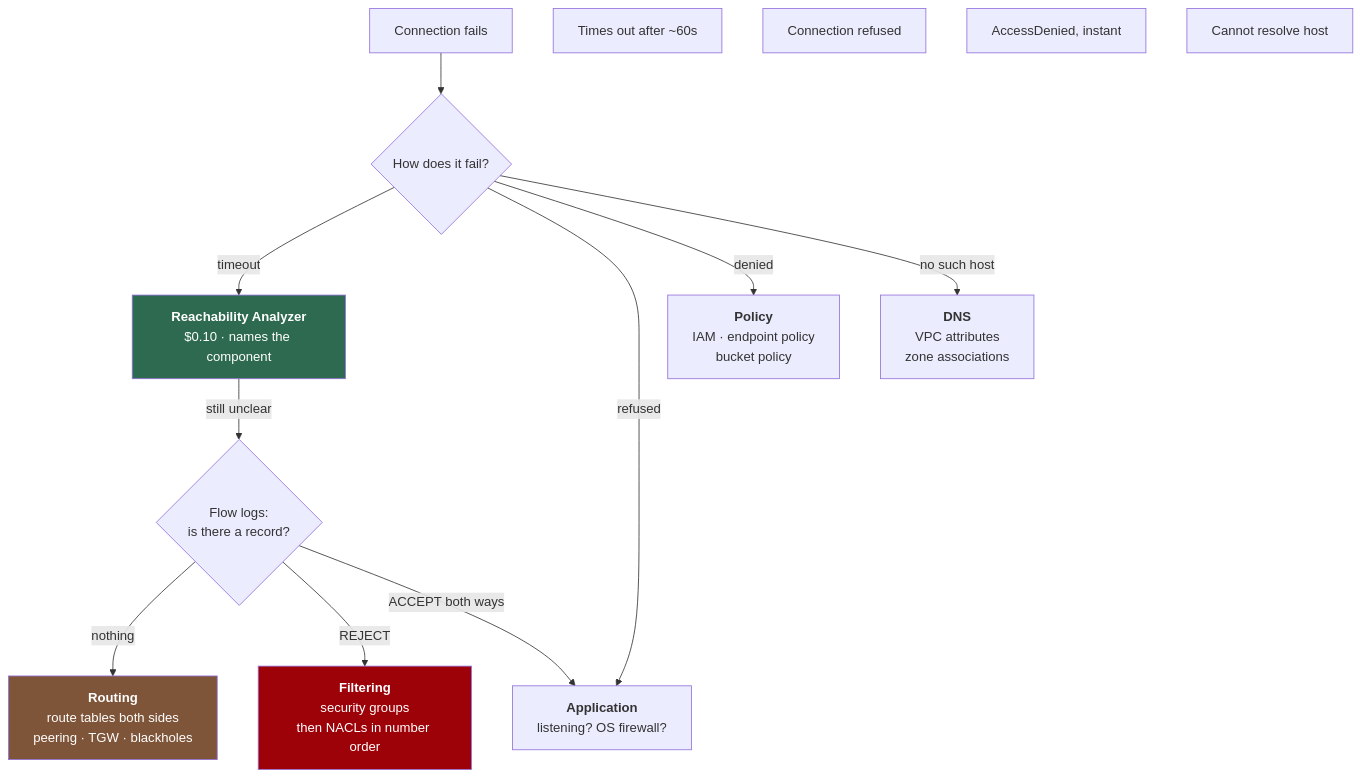
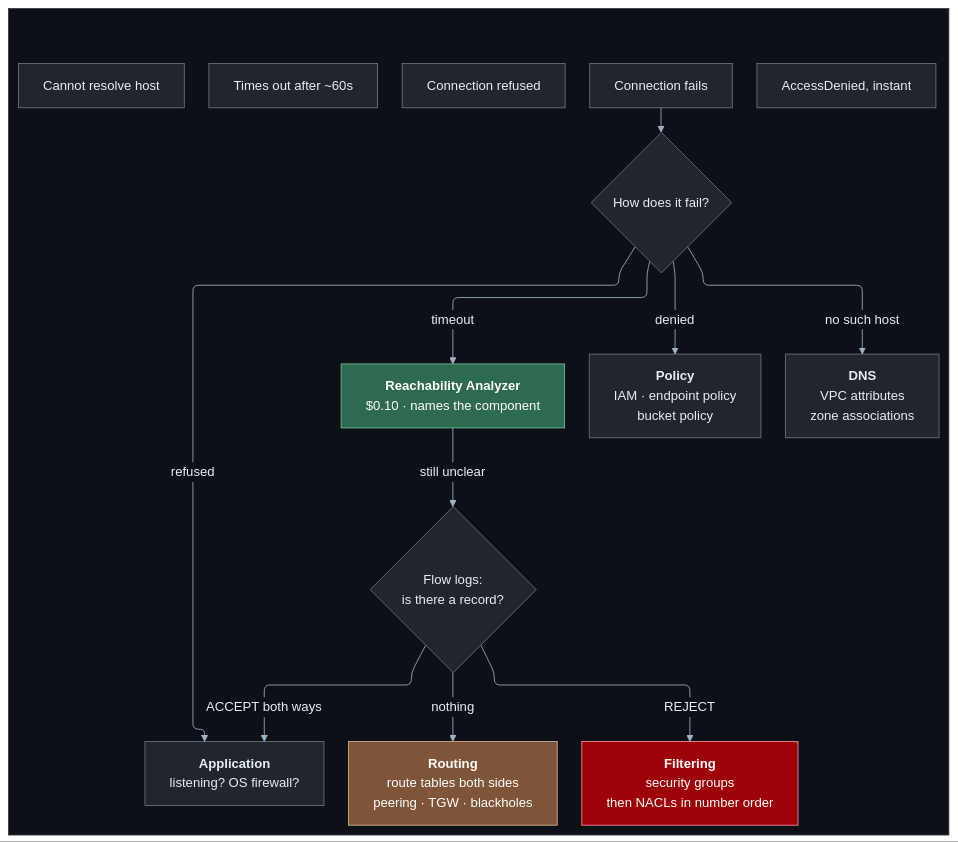
Before and after one commit to HuyNguyen260398/aws-network-architecture: the fourth of 5 diagrams in docs/diagrams/README.md, drawn with Mermaid. The commit also changed other lines of this file and 13 other files, not shown here.

First line of the commit message:
docs(diagrams): restyle all Mermaid diagrams for dark mode and orthogonal lines

````diff
--- a/docs/diagrams/README.md
+++ b/docs/diagrams/README.md
@@ -146,31 +240,57 @@
 ```mermaid
-graph TD
-    S["Connection fails"]
-    T{"How does it fail?"}
-    TO["Times out after ~60s"]
-    RF["Connection refused"]
-    AD["AccessDenied, instant"]
-    DNS["Cannot resolve host"]
+---
+config:
+  layout: elk
+  theme: base
+  themeVariables:
+    lineColor: "#9fb3c8"
+    textColor: "#e6edf3"
+    primaryColor: "#21262d"
+    primaryTextColor: "#e6edf3"
+    primaryBorderColor: "#6e7681"
+    edgeLabelBackground: "#0d1117"
+    clusterBkg: "#161b22"
+    clusterBorder: "#6e7681"
+    titleColor: "#e6edf3"
+  flowchart:
+    curve: rounded
+    wrappingWidth: 420
+---
+flowchart TD
+    subgraph CANVAS[" "]
+        S["Connection fails"]
+        T{"How does it fail?"}
+        TO["Times out after ~60s"]
+        RF["Connection refused"]
+        AD["AccessDenied, instant"]
+        DNS["Cannot resolve host"]
 
-    RA["<b>Reachability Analyzer</b><br/>$0.10 · names the component"]
-    FL{"Flow logs:<br/>is there a record?"}
-    ROUTE["<b>Routing</b><br/>route tables both sides<br/>peering · TGW · blackholes"]
-    FILT["<b>Filtering</b><br/>security groups<br/>then NACLs in number order"]
-    APP["<b>Application</b><br/>listening? OS firewall?"]
-    POL["<b>Policy</b><br/>IAM · endpoint policy<br/>bucket policy"]
-    RES["<b>DNS</b><br/>VPC attributes<br/>zone associations"]
+        RA["<b>Reachability Analyzer</b><br/>$0.10 · names the component"]
+        FL{"Flow logs:<br/>is there a record?"}
+        ROUTE["<b>Routing</b><br/>route tables both sides<br/>peering · TGW · blackholes"]
+        FILT["<b>Filtering</b><br/>security groups<br/>then NACLs in number order"]
+        APP["<b>Application</b><br/>listening? OS firewall?"]
+        POL["<b>Policy</b><br/>IAM · endpoint policy<br/>bucket policy"]
+        RES["<b>DNS</b><br/>VPC attributes<br/>zone associations"]
+    end
 
     S --> T
     T -->|"timeout"| RA
     T -->|"refused"| APP
     T -->|"denied"| POL
     T -->|"no such host"| RES
     RA -->|"still unclear"| FL
     FL -->|"nothing"| ROUTE
     FL -->|"REJECT"| FILT
     FL -->|"ACCEPT both ways"| APP
 
-    style RA fill:#2d6a4f,color:#fff
-    style ROUTE fill:#7f5539,color:#fff
-    style FILT fill:#9d0208,color:#fff
+    classDef canvas fill:#0d1117,stroke:#30363d,color:#e6edf3
+    classDef free fill:#2d6a4f,stroke:#74c69d,color:#fff
+    classDef private fill:#7f5539,stroke:#ddb892,color:#fff
+    classDef billed fill:#9d0208,stroke:#ff8fa3,color:#fff
+
+    class CANVAS canvas
+    class RA free
+    class ROUTE private
+    class FILT billed
 ```
````
